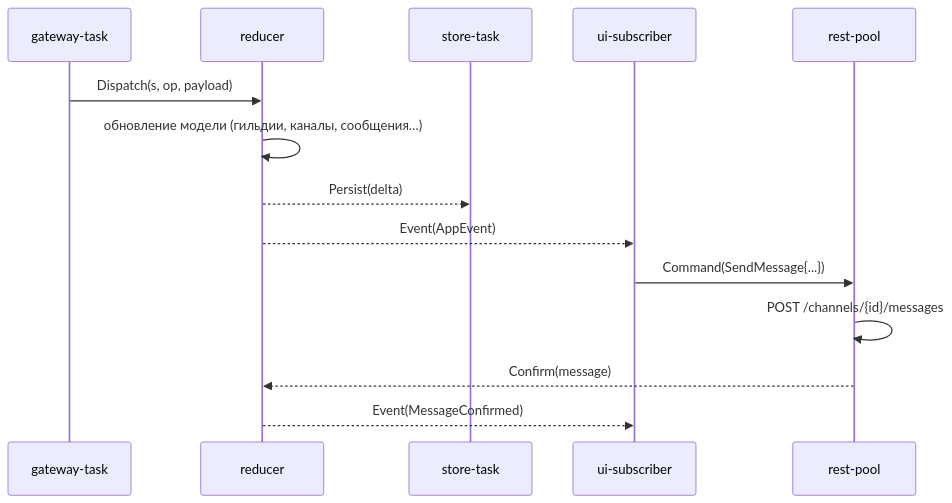
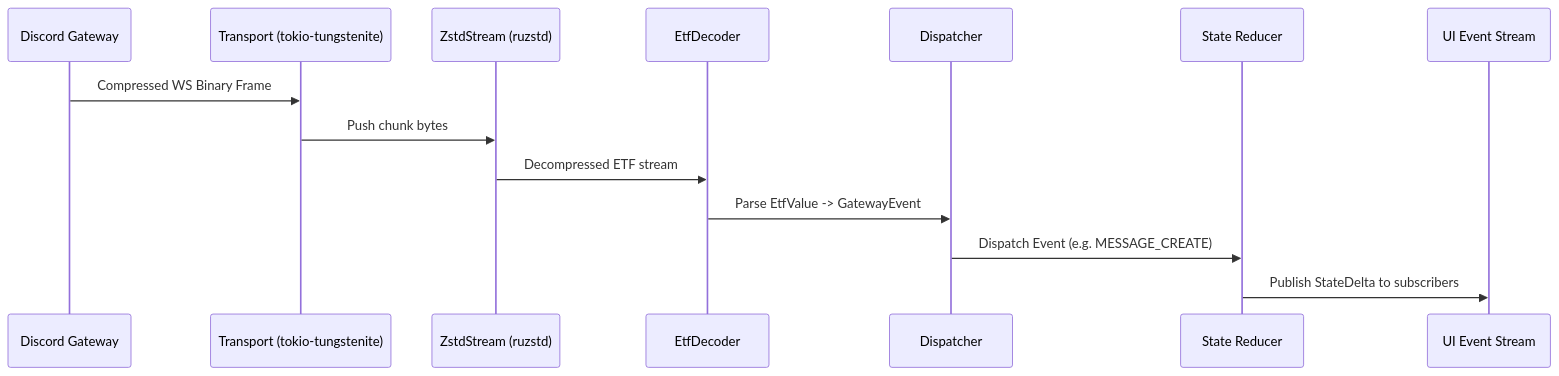
Before and after one commit to Userbash/chord: the third of 5 diagrams in docs/rust-client/ARCHITECTURE.md, drawn with Mermaid. The commit also changed other lines of this file and 2279 other files, not shown here.

````diff
--- a/docs/rust-client/ARCHITECTURE.md
+++ b/docs/rust-client/ARCHITECTURE.md
@@ -101,16 +79,17 @@
 ```mermaid
 sequenceDiagram
-    participant GS as gateway-task
-    participant RD as reducer
-    participant ST as store-task
-    participant UI as ui-subscriber
-    participant RT as rest-pool
-    GS->>RD: Dispatch(s, op, payload)
-    RD->>RD: обновление модели (гильдии, каналы, сообщения…)
-    RD-->>ST: Persist(delta)
-    RD-->>UI: Event(AppEvent)
-    UI->>RT: Command(SendMessage{...})
-    RT->>RT: POST /channels/{id}/messages
-    RT-->>RD: Confirm(message)
-    RD-->>UI: Event(MessageConfirmed)
+    participant S as Discord Gateway
+    participant T as Transport (tokio-tungstenite)
+    participant Z as ZstdStream (ruzstd)
+    participant E as EtfDecoder
+    participant D as Dispatcher
+    participant R as State Reducer
+    participant U as UI Event Stream
+
+    S->>T: Compressed WS Binary Frame
+    T->>Z: Push chunk bytes
+    Z->>E: Decompressed ETF stream
+    E->>D: Parse EtfValue -> GatewayEvent
+    D->>R: Dispatch Event (e.g. MESSAGE_CREATE)
+    R->>U: Publish StateDelta to subscribers
 ```
````
